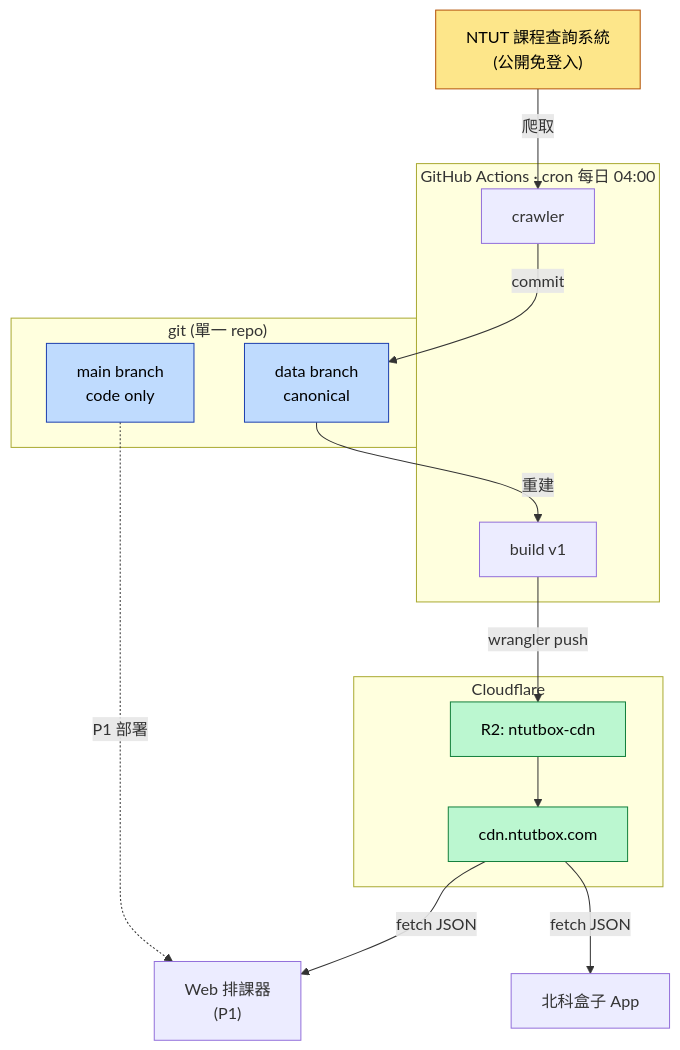
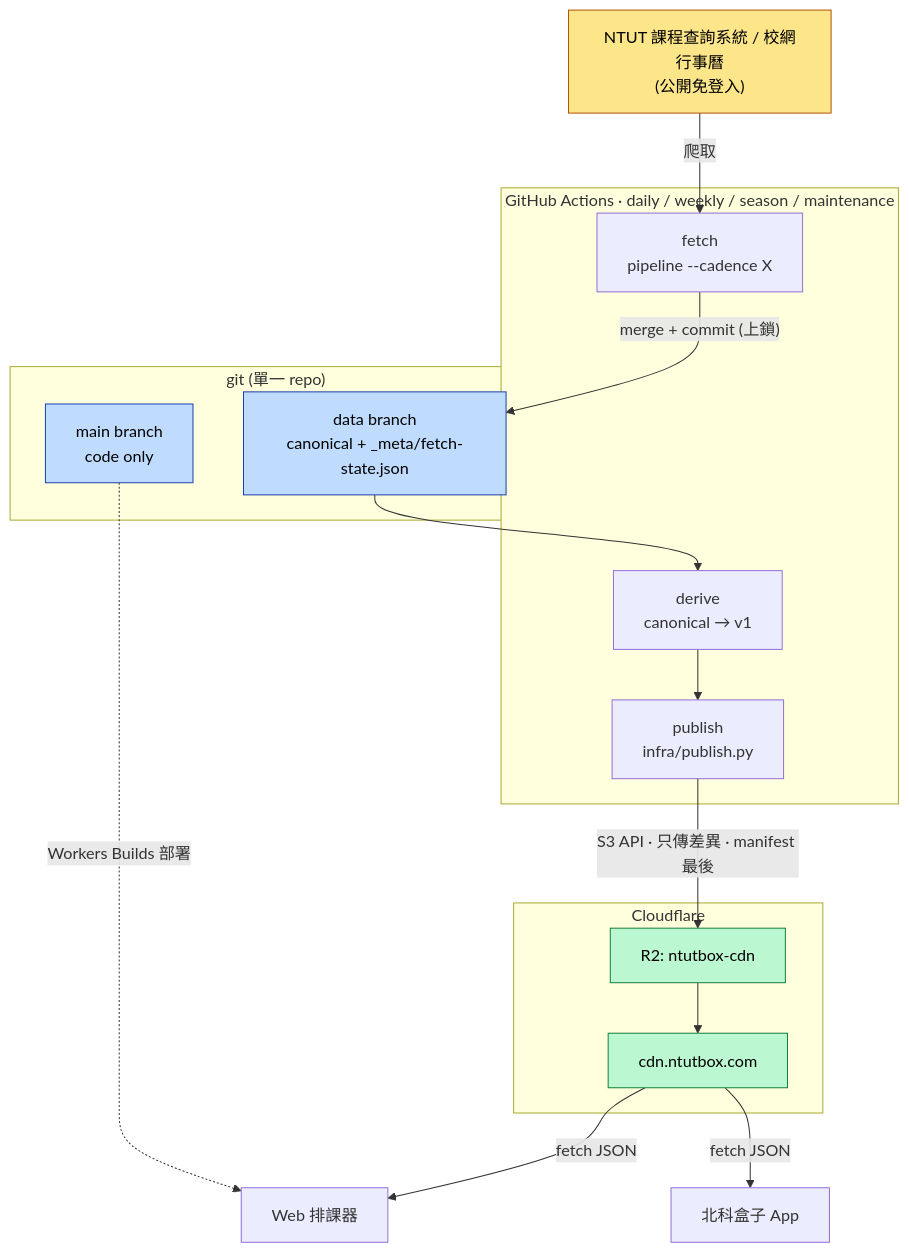
One commit to poterpan/ntutbox-course changed the diagram in docs/diagrams/01-architecture.mmd. Above: the diagram before and after it, drawn with Mermaid. The commit also changed 26 other files, not shown here.

```diff
--- a/docs/diagrams/01-architecture.mmd
+++ b/docs/diagrams/01-architecture.mmd
@@ -1,36 +1,38 @@
 flowchart TB
-    ntut["NTUT 課程查詢系統<br/>(公開免登入)"]
+    ntut["NTUT 課程查詢系統 / 校網行事曆<br/>(公開免登入)"]
 
-    subgraph GHA["GitHub Actions · cron 每日 04:00"]
-        crawler["crawler"]
-        build["build v1"]
+    subgraph GHA["GitHub Actions · daily / weekly / season / maintenance"]
+        fetch["fetch<br/>pipeline --cadence X"]
+        derive["derive<br/>canonical → v1"]
+        publish["publish<br/>infra/publish.py"]
     end
 
     subgraph GIT["git (單一 repo)"]
         main["main branch<br/>code only"]
-        data["data branch<br/>canonical"]
+        data["data branch<br/>canonical + _meta/fetch-state.json"]
     end
 
     subgraph CF["Cloudflare"]
         r2["R2: ntutbox-cdn"]
         cdn["cdn.ntutbox.com"]
     end
 
-    web["Web 排課器<br/>(P1)"]
+    web["Web 排課器"]
     ios["北科盒子 App"]
 
-    ntut -->|爬取| crawler
-    crawler -->|commit| data
-    data -->|重建| build
-    build -->|wrangler push| r2
+    ntut -->|爬取| fetch
+    fetch -->|"merge + commit (上鎖)"| data
+    data --> derive
+    derive --> publish
+    publish -->|"S3 API · 只傳差異 · manifest 最後"| r2
     r2 --> cdn
     cdn -->|fetch JSON| web
     cdn -->|fetch JSON| ios
-    main -.->|P1 部署| web
+    main -.->|Workers Builds 部署| web
 
     classDef src fill:#fde68a,stroke:#b45309,color:#000
     classDef store fill:#bfdbfe,stroke:#1e40af,color:#000
     classDef out fill:#bbf7d0,stroke:#15803d,color:#000
     class ntut src
     class main,data store
     class r2,cdn out
```
